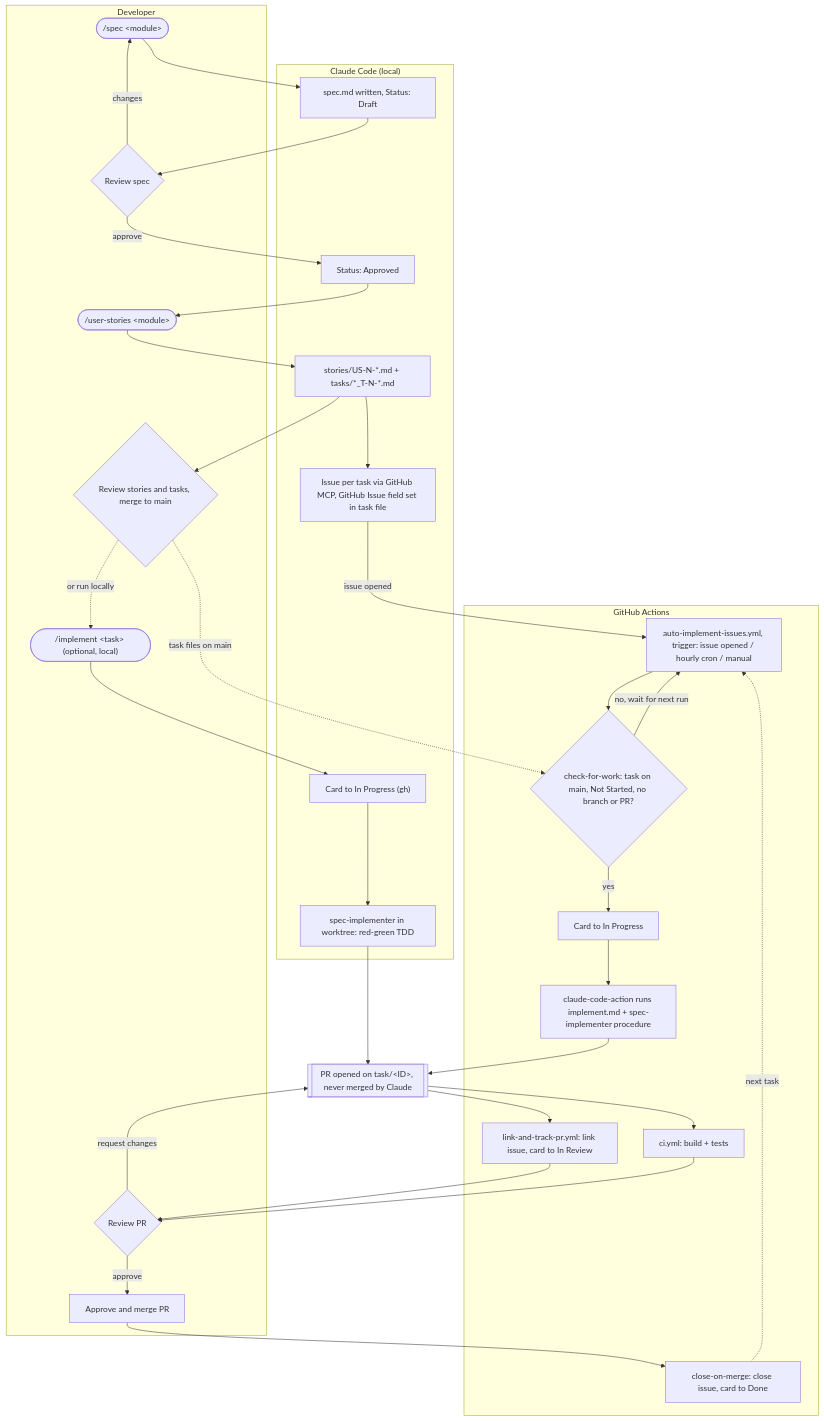
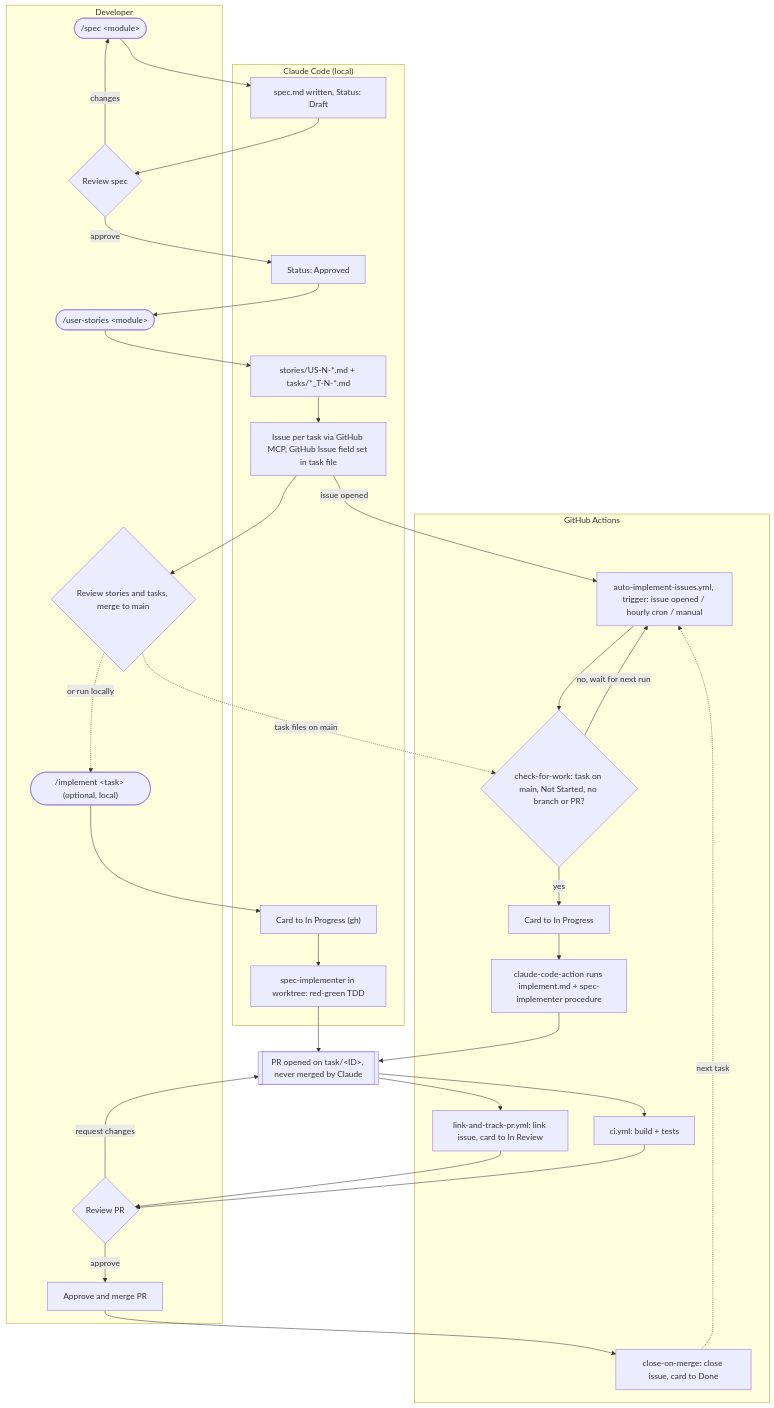
One commit to caioq/ai-investment-assistant changed the first of 2 diagrams in WORKFLOW.md. Above: the diagram before and after it, drawn with Mermaid.

Commit message:
docs: route stories/tasks review from issue creation in workflow flowchart

````diff
--- a/WORKFLOW.md
+++ b/WORKFLOW.md
@@ -128,53 +128,53 @@
 ```mermaid
 flowchart TD
   subgraph DEV["Developer"]
     D1(["/spec &lt;module&gt;"])
     G1{"Review spec"}
     D2(["/user-stories &lt;module&gt;"])
     G2{"Review stories and tasks, merge to main"}
     D3(["/implement &lt;task&gt; (optional, local)"])
     G3{"Review PR"}
     M["Approve and merge PR"]
   end
 
   subgraph CC["Claude Code (local)"]
     S["spec.md written, Status: Draft"]
     A["Status: Approved"]
     T["stories/US-N-*.md + tasks/*_T-N-*.md"]
     I["Issue per task via GitHub MCP, GitHub Issue field set in task file"]
     L1["Card to In Progress (gh)"]
     L2["spec-implementer in worktree: red-green TDD"]
   end
 
   subgraph GHA["GitHub Actions"]
     C0["auto-implement-issues.yml, trigger: issue opened / hourly cron / manual"]
     C1{"check-for-work: task on main, Not Started, no branch or PR?"}
     C2["Card to In Progress"]
     C3["claude-code-action runs implement.md + spec-implementer procedure"]
     LT["link-and-track-pr.yml: link issue, card to In Review"]
     CI["ci.yml: build + tests"]
     CM["close-on-merge: close issue, card to Done"]
   end
 
   PR[["PR opened on task/&lt;ID&gt;, never merged by Claude"]]
 
   D1 --> S --> G1
   G1 -- "changes" --> D1
   G1 -- "approve" --> A --> D2
   D2 --> T --> I
-  T --> G2
   I -- "issue opened" --> C0
+  C0 --> C1
+  I --> G2
   G2 -. "task files on main" .-> C1
-  C0 --> C1
   C1 -- "no, wait for next run" --> C0
   C1 -- "yes" --> C2 --> C3 --> PR
   G2 -. "or run locally" .-> D3
   D3 --> L1 --> L2 --> PR
   PR --> LT
   PR --> CI
   LT --> G3
   CI --> G3
   G3 -- "request changes" --> PR
   G3 -- "approve" --> M --> CM
   CM -. "next task" .-> C0
 ```
````
